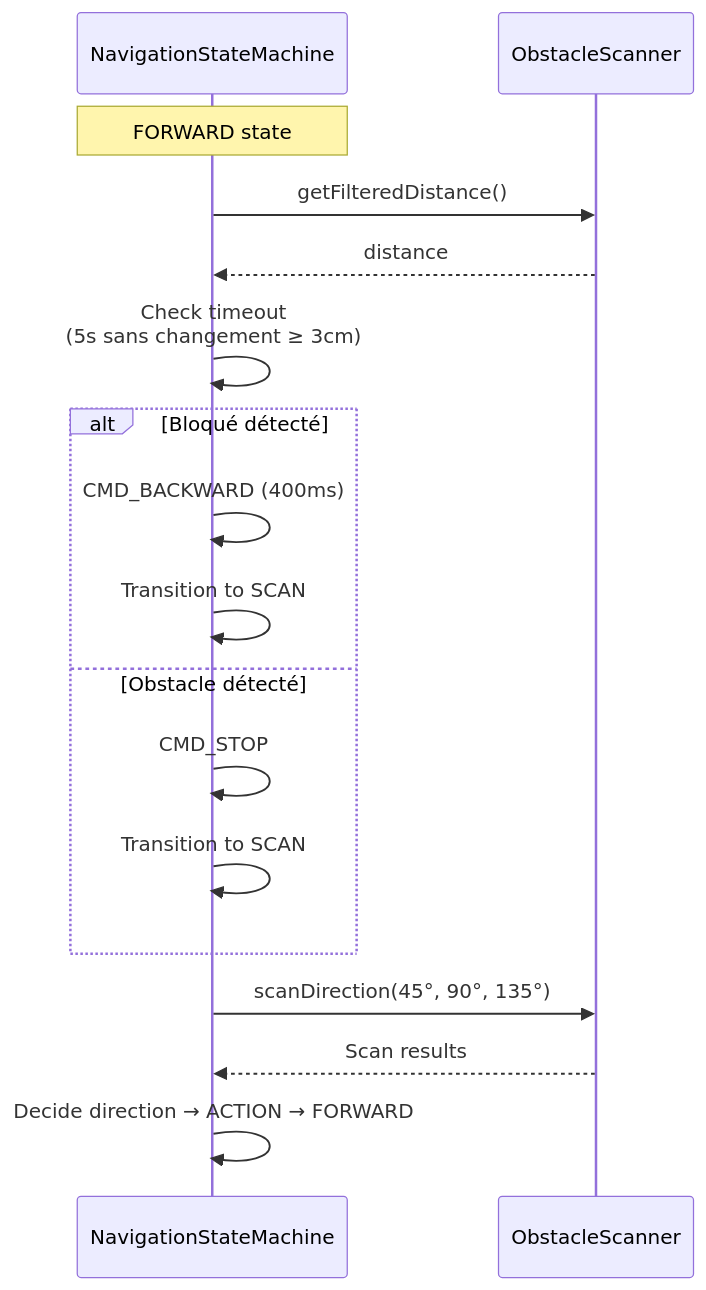
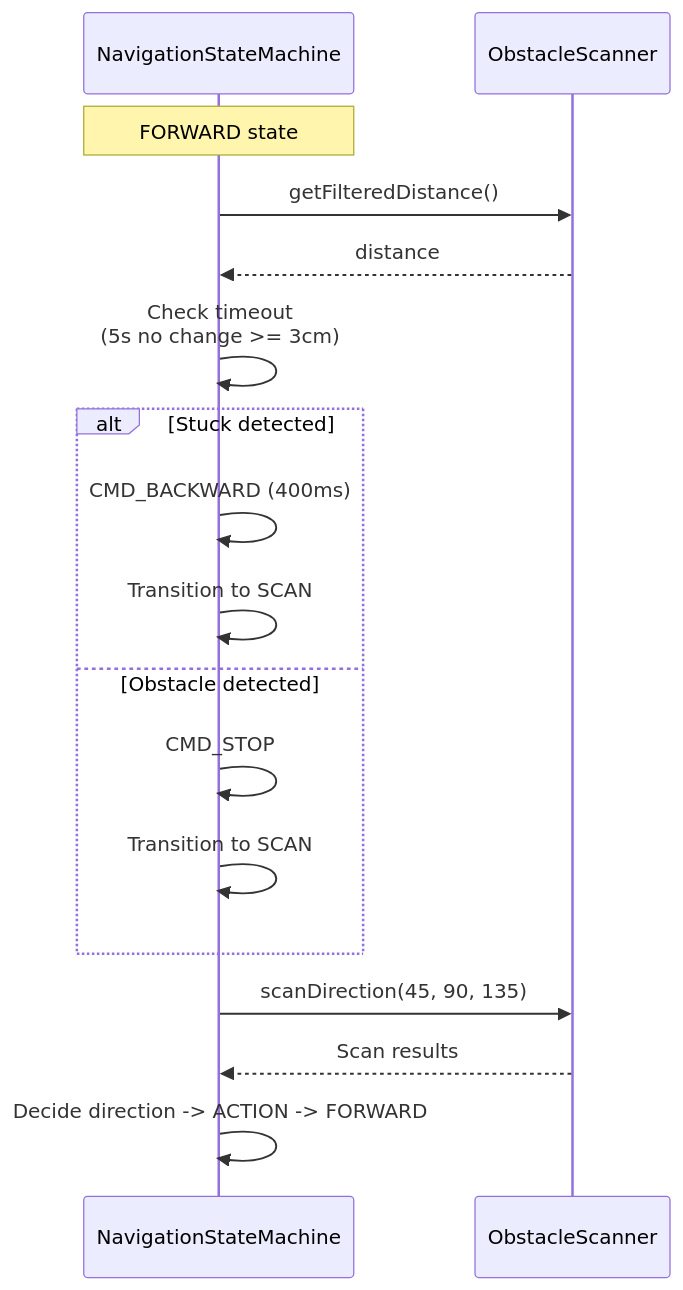
Diagram 16 of 17 in docs/architecture.md (Yaniv23/final-project-gesture-car), drawn with Mermaid before and after one commit. The commit also changed other lines of this file and 16 other files, not shown here.

````diff
--- a/docs/architecture.md
+++ b/docs/architecture.md
@@ -1006,23 +947,23 @@
 ```mermaid
 sequenceDiagram
     participant FSM as NavigationStateMachine
     participant SC as ObstacleScanner
     
     Note over FSM: FORWARD state
     FSM->>SC: getFilteredDistance()
     SC-->>FSM: distance
     
-    FSM->>FSM: Check timeout<br/>(5s sans changement ≥ 3cm)
+    FSM->>FSM: Check timeout<br/>(5s no change >= 3cm)
     
-    alt Bloqué détecté
+    alt Stuck detected
         FSM->>FSM: CMD_BACKWARD (400ms)
         FSM->>FSM: Transition to SCAN
-    else Obstacle détecté
+    else Obstacle detected
         FSM->>FSM: CMD_STOP
         FSM->>FSM: Transition to SCAN
     end
     
-    FSM->>SC: scanDirection(45°, 90°, 135°)
+    FSM->>SC: scanDirection(45, 90, 135)
     SC-->>FSM: Scan results
-    FSM->>FSM: Decide direction → ACTION → FORWARD
+    FSM->>FSM: Decide direction -> ACTION -> FORWARD
 ```
````
